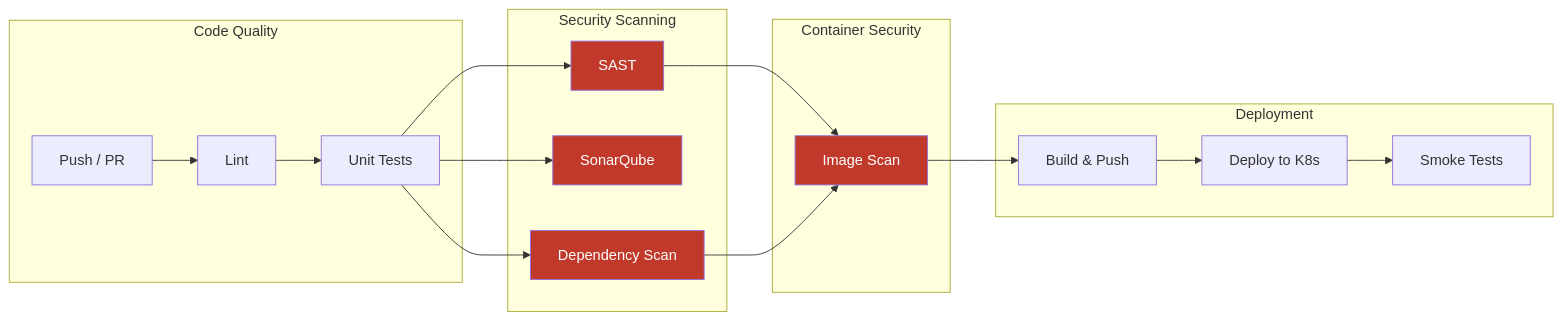
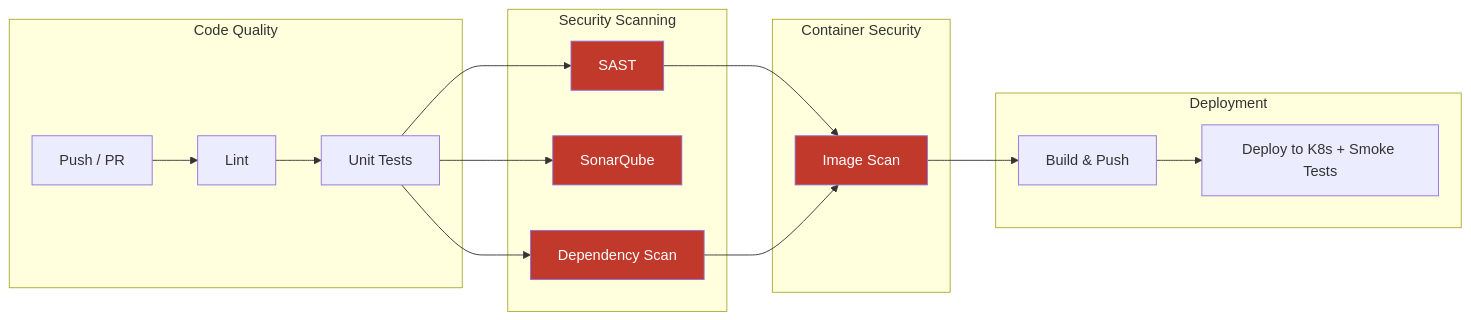
The diagram in README.md (Orchid1337/devsecops-pipeline), drawn with Mermaid before and after one commit. The commit also changed other lines of this file, not shown here.

````diff
--- a/README.md
+++ b/README.md
@@ -14,29 +14,28 @@
 ```mermaid
 flowchart LR
     subgraph "Code Quality"
         A[Push / PR] --> B[Lint]
         B --> C[Unit Tests]
     end
 
     subgraph "Security Scanning"
         C --> D[SAST]
         C --> E[SonarQube]
         C --> F[Dependency Scan]
     end
 
     subgraph "Container Security"
         D --> G[Image Scan]
         F --> G
     end
 
     subgraph "Deployment"
         G --> H[Build & Push]
-        H --> I[Deploy to K8s]
-        I --> J[Smoke Tests]
+        H --> I[Deploy to K8s + Smoke Tests]
     end
 
     style D fill:#c0392b,color:#fff
     style F fill:#c0392b,color:#fff
     style G fill:#c0392b,color:#fff
     style E fill:#c0392b,color:#fff
 ```
````
